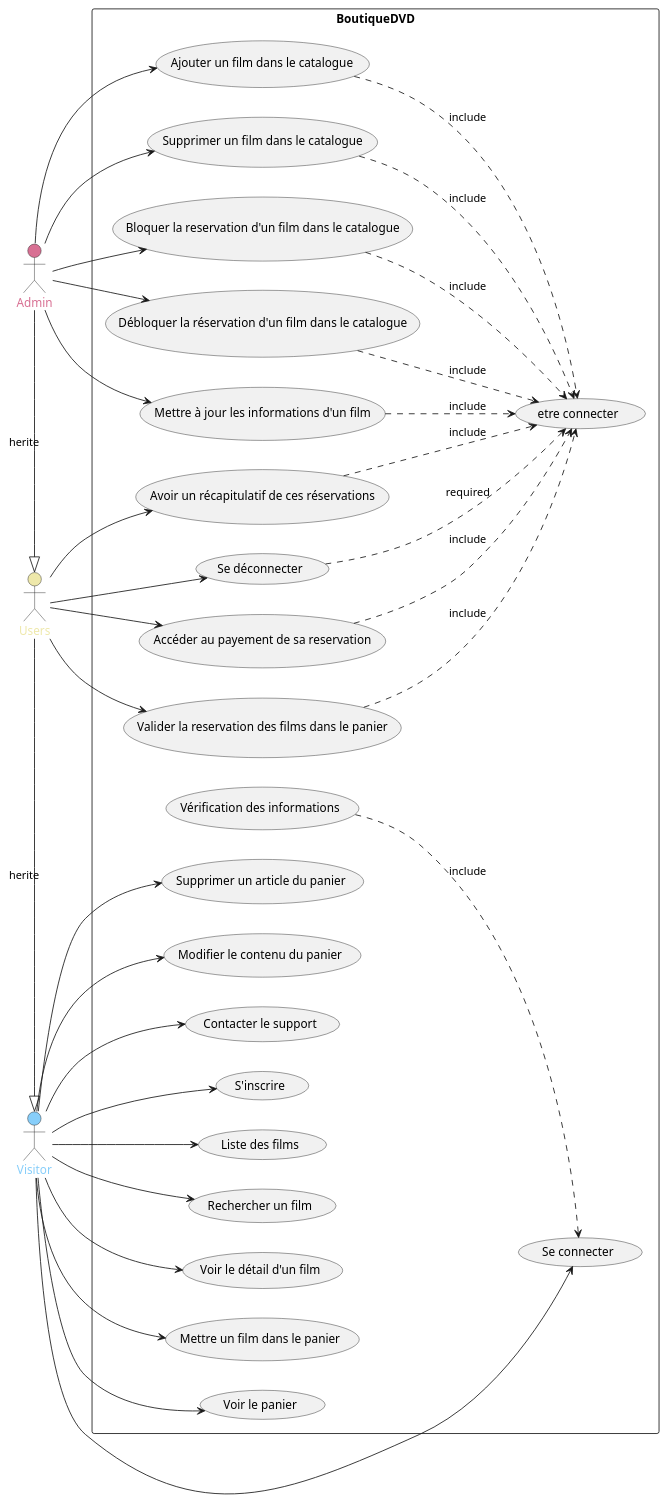
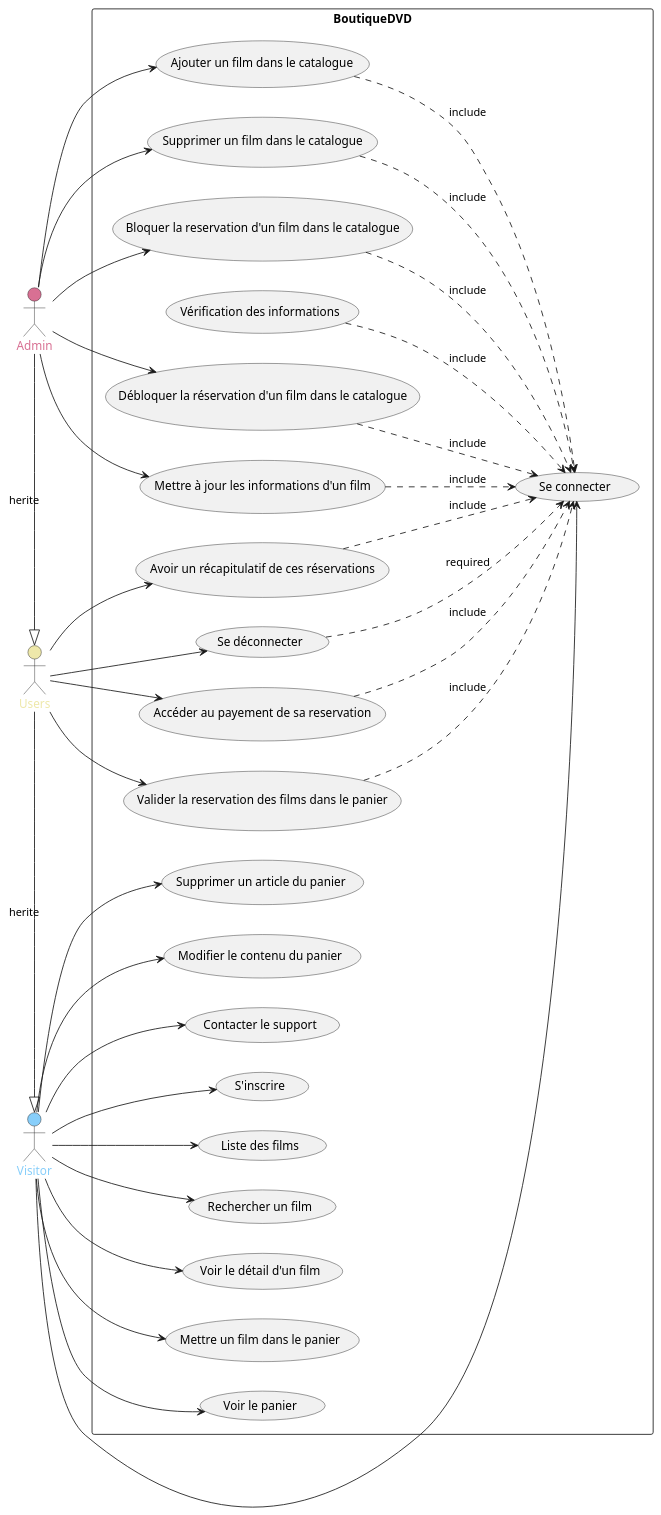
Before and after one commit to ValentinM-dev/UseCaseExo: the diagram in Exercice 2/UseCase.puml, drawn with PlantUML.

Commit message:
Update(UseCase): Update for the "Se connecter) for Admin and Users

```diff
--- a/Exercice 2/UseCase.puml
+++ b/Exercice 2/UseCase.puml
@@ -1,72 +1,71 @@
 @startuml Exercice2
 
 left to right direction
 
 actor "Visitor" as V #LightSkyBlue;text:LightSkyBlue
 actor "Users" as U #PaleGoldenRod;text:PaleGoldenRod
 actor "Admin" as A #PaleVioletRed;text:PaleVioletRed
 
 rectangle "BoutiqueDVD" {
     usecase "S'inscrire" as UC1
     usecase "Se connecter" as UC2
     usecase "Liste des films" as UC3
     usecase "Rechercher un film" as UC4
     usecase "Vérification des informations" as UC5
     usecase "Voir le détail d'un film" as UC6
     usecase "Mettre un film dans le panier" as UC7
     usecase "Voir le panier" as UC8
     usecase "Supprimer un article du panier" as UC9
     usecase "Modifier le contenu du panier" as UC10
     usecase "Contacter le support" as UC11
 
     usecase "Accéder au payement de sa reservation" as UC12
     usecase "Valider la reservation des films dans le panier" as UC13
     usecase "Avoir un récapitulatif de ces réservations" as UC14
 
     usecase "Mettre à jour les informations d'un film" as UC15
     usecase "Ajouter un film dans le catalogue" as UC16
     usecase "Supprimer un film dans le catalogue" as UC17
     usecase "Bloquer la reservation d'un film dans le catalogue" as UC18
     usecase "Débloquer la réservation d'un film dans le catalogue" as UC19
     usecase "Se déconnecter" as UC20
-    usecase "etre connecter" as UC21
 }
 
 V --> UC1
 V --> UC2
 V --> UC3
 V --> UC4
 V --> UC6
 V --> UC7
 V --> UC8
 V --> UC9
 V --> UC10
 V --> UC11
 
 U --> UC12
 U --> UC13
 U --> UC14
 U --> UC20
 
 A --> UC15
 A --> UC16
 A --> UC17
 A --> UC18
 A --> UC19
 
-UC20 ..> UC21:required
+UC20 ..> UC2:required
 
 UC5 ..> UC2:include
-UC12 ..> UC21:include
-UC13 ..> UC21:include
-UC14 ..> UC21:include
-UC15 ..> UC21:include
-UC16 ..> UC21:include
-UC17 ..> UC21:include
-UC18 ..> UC21:include
-UC19 ..> UC21:include
+UC12 ..> UC2:include
+UC13 ..> UC2:include
+UC14 ..> UC2:include
+UC15 ..> UC2:include
+UC16 ..> UC2:include
+UC17 ..> UC2:include
+UC18 ..> UC2:include
+UC19 ..> UC2:include
 
 U -|> V:herite
 A -|> U:herite
 
 @enduml
```
